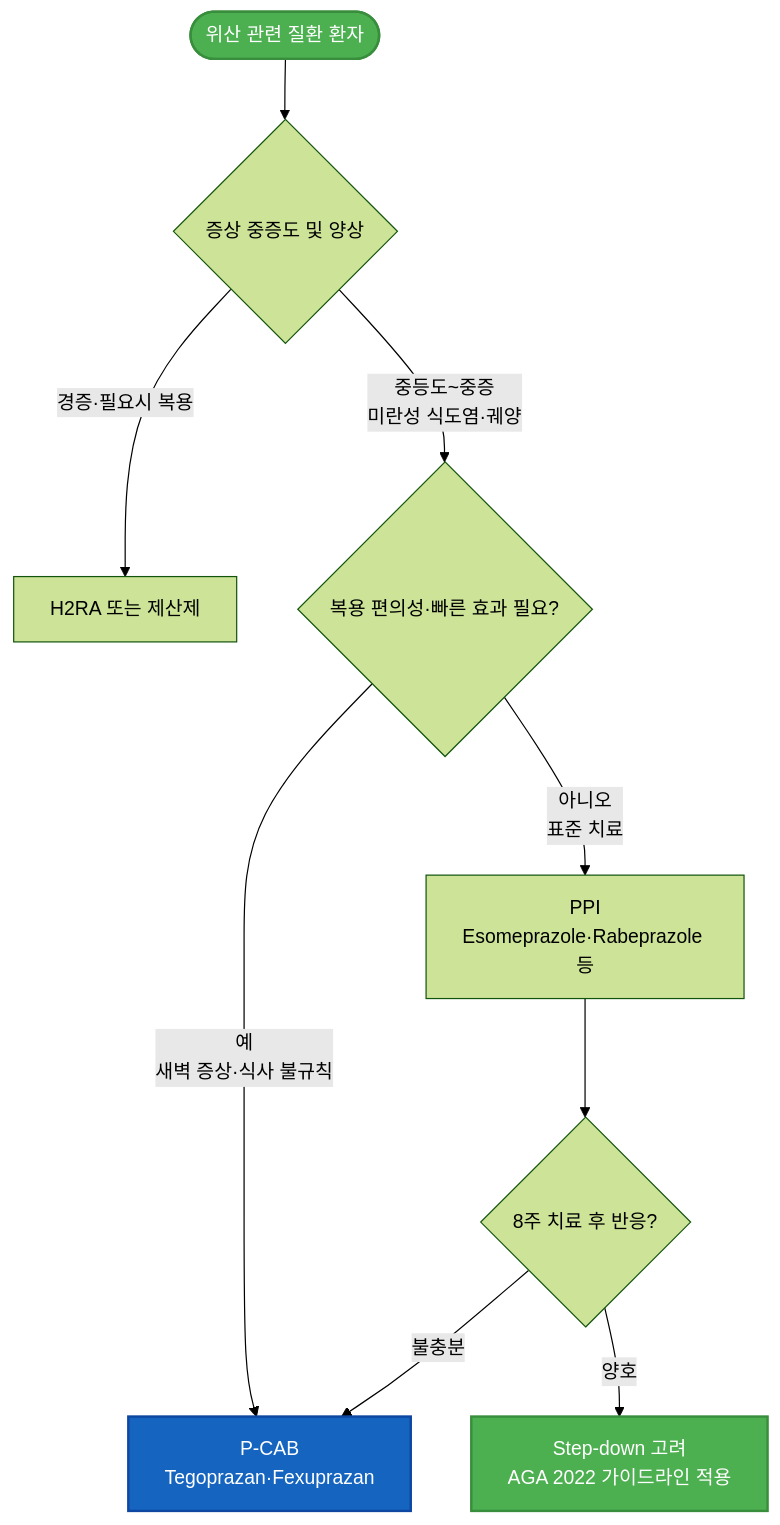
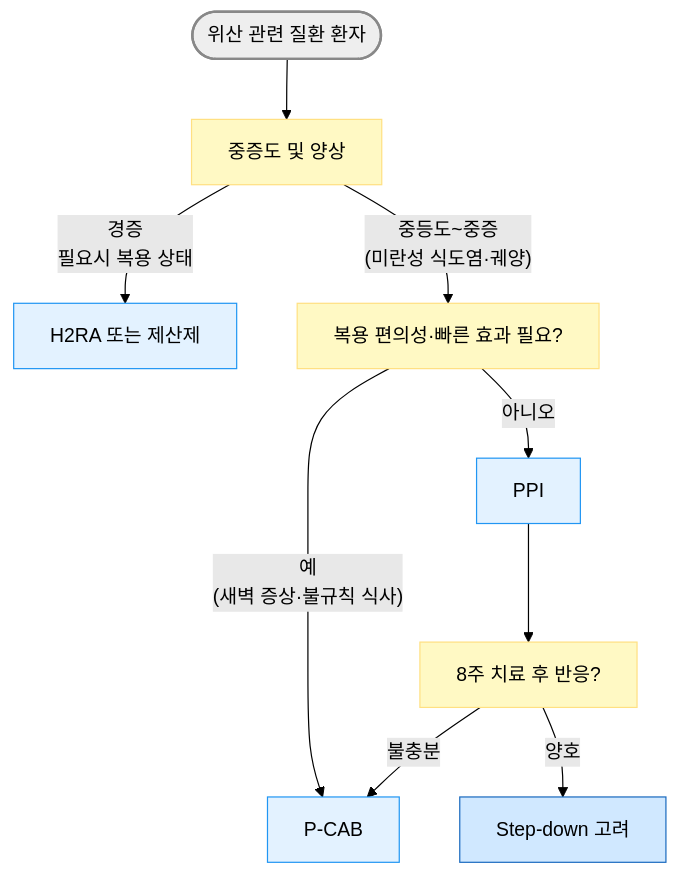
One commit to familyoh77/familyoh77 changed the diagram in 224_/073_.md. Above: the diagram before and after it, drawn with Mermaid (forest theme). The commit also changed other lines of this file, not shown here.

````diff
--- a/224_/073_.md
+++ b/224_/073_.md
@@ -599,14 +446,17 @@
 ```mermaid
 graph TD
-    A([위산 관련 질환 환자]) --> B{증상 중증도 및 양상}
-    B -- "경증·필요시 복용" --> C[H2RA 또는 제산제]
-    B -- "중등도~중증<br/>미란성 식도염·궤양" --> D{복용 편의성·빠른 효과 필요?}
-    D -- "예<br/>새벽 증상·식사 불규칙" --> E[P-CAB<br/>Tegoprazan·Fexuprazan]
-    D -- "아니오<br/>표준 치료" --> F[PPI<br/>Esomeprazole·Rabeprazole 등]
-    F --> G{8주 치료 후 반응?}
+    A([위산 관련 질환 환자]) --> B[중증도 및 양상]
+    B -- "경증<br/>필요시 복용 상태" --> C[H2RA 또는 제산제]
+    B -- "중등도~중증<br/>(미란성 식도염·궤양)" --> D[복용 편의성·빠른 효과 필요?]
+    D -- "예<br/>(새벽 증상·불규칙 식사)" --> E[P-CAB]
+    D -- "아니오" --> F[PPI]
+    F --> G[8주 치료 후 반응?]
     G -- "불충분" --> E
-    G -- "양호" --> H[Step-down 고려<br/>AGA 2022 가이드라인 적용]
-    style A fill:#4caf50,stroke:#388e3c,color:#fff,stroke-width:2px
-    style H fill:#4caf50,stroke:#388e3c,color:#fff,stroke-width:2px
-    style E fill:#1565c0,stroke:#0d47a1,color:#fff,stroke-width:2px
+    G -- "양호" --> H[Step-down 고려]
+style A fill:#eeeeee,stroke:#888888,stroke-width:2px
+classDef yellow fill:#fff9c4,stroke:#ffe082
+class B,D,G yellow
+classDef sky fill:#e3f2ff,stroke:#2196f3
+class C,E,F sky
+style H fill:#d0e8ff,stroke:#1a6abf
 ```
````
